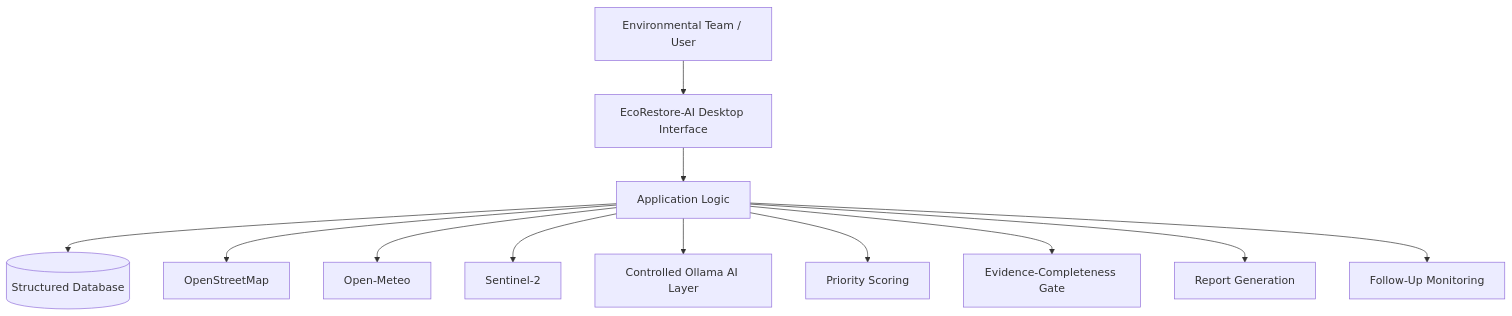
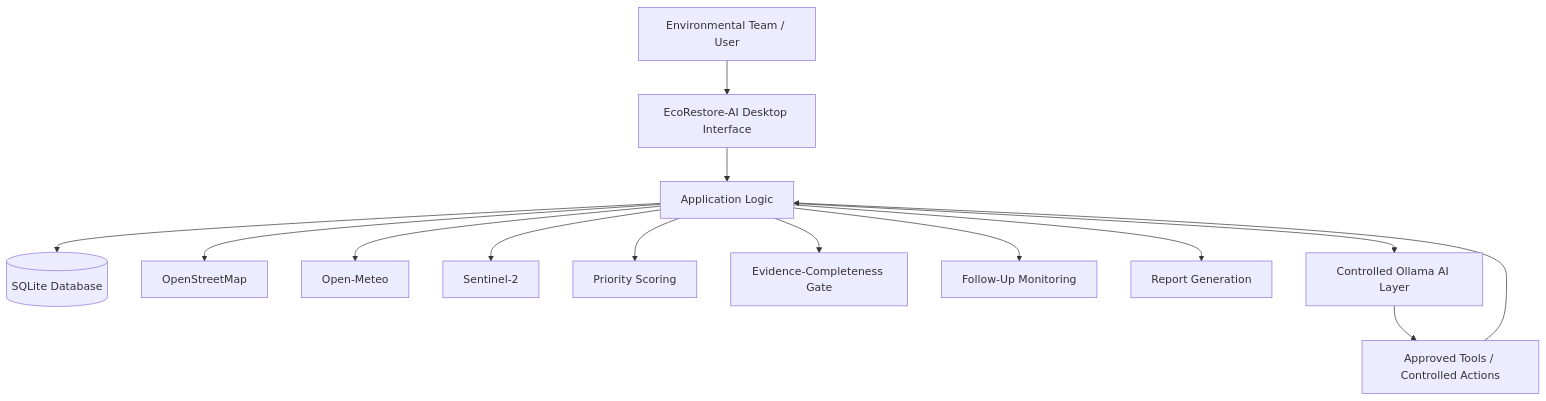
The second of 2 diagrams in README.md (Prithiga-tech/EcoRestore-AI), drawn with Mermaid before and after one commit. The commit also changed other lines of this file, not shown here.

````diff
--- a/README.md
+++ b/README.md
@@ -269,20 +324,25 @@
 ```mermaid
 flowchart TB
+
     U[Environmental Team / User]
 
     U --> UI[EcoRestore-AI Desktop Interface]
 
     UI --> APP[Application Logic]
 
-    APP --> DB[(Structured Database)]
+    APP --> DB[(SQLite Database)]
 
     APP --> GEO[OpenStreetMap]
     APP --> WEATHER[Open-Meteo]
     APP --> SAT[Sentinel-2]
-    APP --> AI[Controlled Ollama AI Layer]
 
     APP --> SCORE[Priority Scoring]
     APP --> EVIDENCE[Evidence-Completeness Gate]
+    APP --> MONITOR[Follow-Up Monitoring]
     APP --> REPORT[Report Generation]
-    APP --> MONITOR[Follow-Up Monitoring]
+
+    APP --> AI[Controlled Ollama AI Layer]
+
+    AI --> TOOLS[Approved Tools / Controlled Actions]
+    TOOLS --> APP
 ```
````
